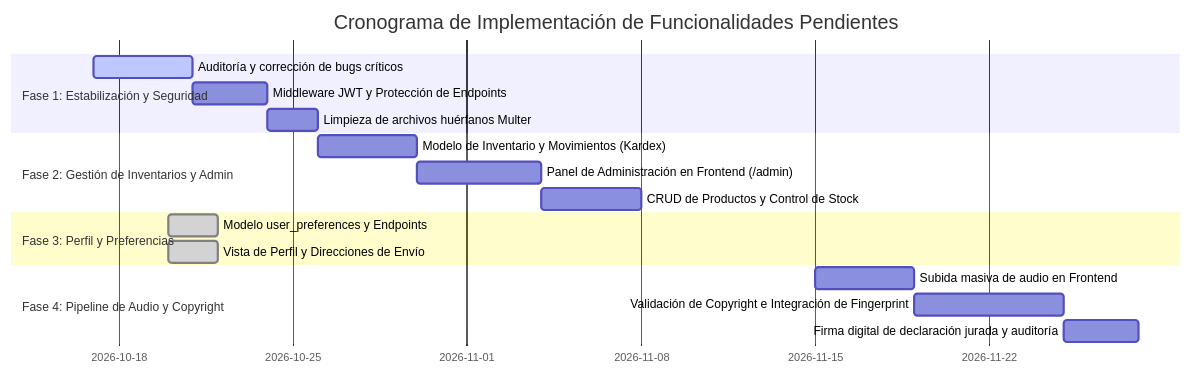
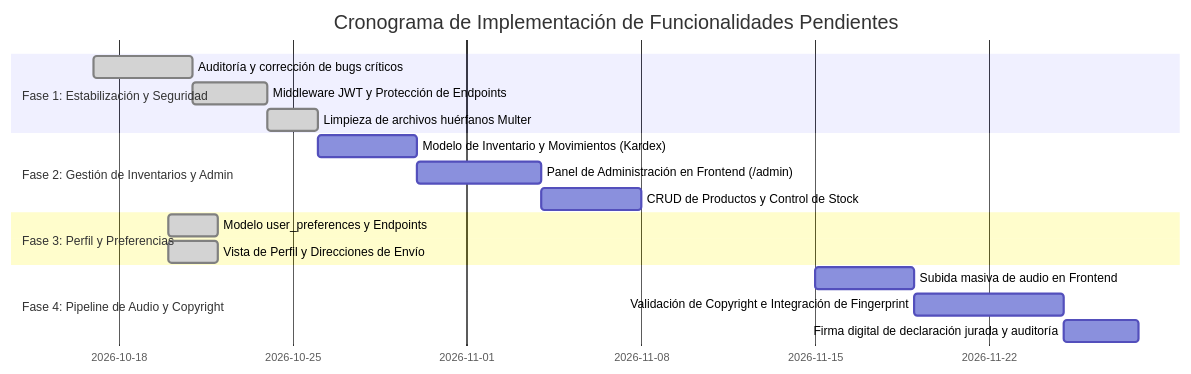
The third of 3 diagrams in PENDING_FEATURES.md (rafaelSanchez4330/disc-market-frontend), drawn with Mermaid before and after one commit. The commit also changed other lines of this file, not shown here.

````diff
--- a/PENDING_FEATURES.md
+++ b/PENDING_FEATURES.md
@@ -270,20 +273,20 @@
 ```mermaid
 gantt
     title Cronograma de Implementación de Funcionalidades Pendientes
     dateFormat  YYYY-MM-DD
     section Fase 1: Estabilización y Seguridad
-    Auditoría y corrección de bugs críticos :active, 2026-10-17, 4d
-    Middleware JWT y Protección de Endpoints : 2026-10-21, 3d
-    Limpieza de archivos huérfanos Multer : 2026-10-24, 2d
+    Auditoría y corrección de bugs críticos :done, 2026-10-17, 4d
+    Middleware JWT y Protección de Endpoints :done, 2026-10-21, 3d
+    Limpieza de archivos huérfanos Multer :done, 2026-10-24, 2d
     section Fase 2: Gestión de Inventarios y Admin
     Modelo de Inventario y Movimientos (Kardex) : 2026-10-26, 4d
     Panel de Administración en Frontend (/admin) : 2026-10-30, 5d
     CRUD de Productos y Control de Stock : 2026-11-04, 4d
     section Fase 3: Perfil y Preferencias
     Modelo user_preferences y Endpoints :done, 2026-10-20, 2d
     Vista de Perfil y Direcciones de Envío :done, 2026-10-20, 2d
     section Fase 4: Pipeline de Audio y Copyright
     Subida masiva de audio en Frontend : 2026-11-15, 4d
     Validación de Copyright e Integración de Fingerprint : 2026-11-19, 6d
     Firma digital de declaración jurada y auditoría : 2026-11-25, 3d
 ```
````
